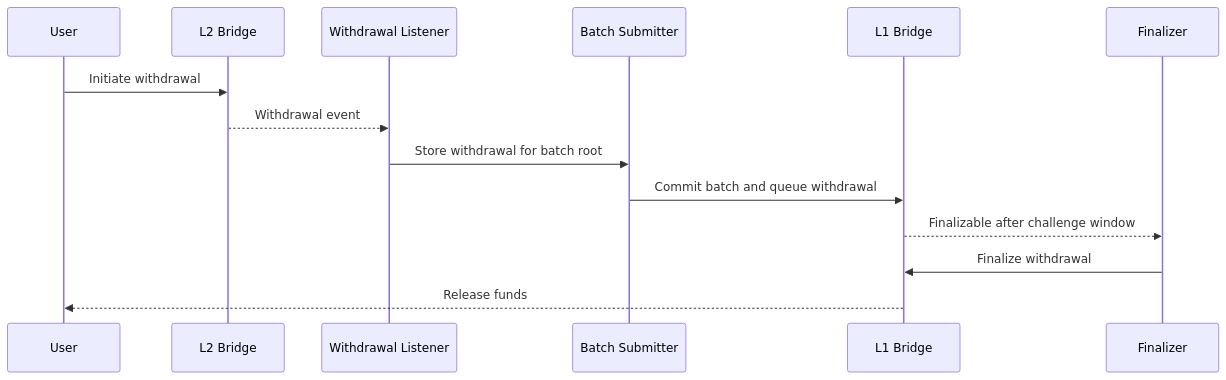
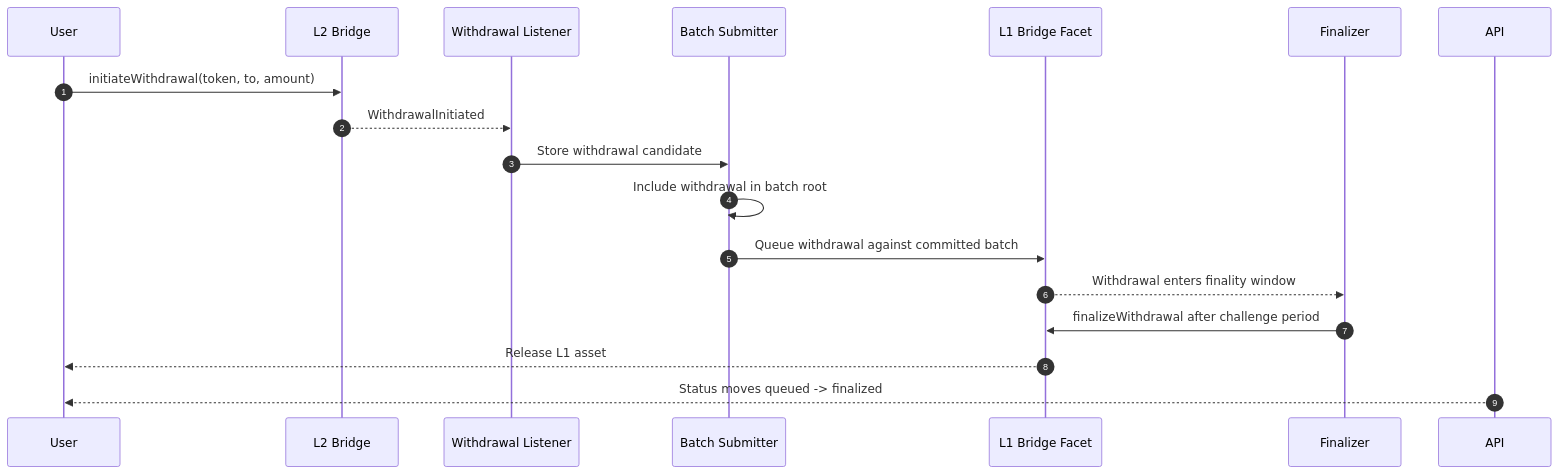
One commit to TeQoin-Blockchain/TeQoin-l2 changed the fifth of 8 diagrams in docs/ARCHITECTURE.md. Above: the diagram before and after it, drawn with Mermaid. The commit also changed other lines of this file and 2 other files, not shown here.

Commit message:
docs(readme): polish architecture visuals

````diff
--- a/docs/ARCHITECTURE.md
+++ b/docs/ARCHITECTURE.md
@@ -158,17 +198,21 @@
 ```mermaid
 sequenceDiagram
+  autonumber
   participant User
   participant L2Bridge as L2 Bridge
   participant Listener as Withdrawal Listener
-  participant Batch as Batch Submitter
-  participant L1Bridge as L1 Bridge
+  participant Batcher as Batch Submitter
+  participant L1Bridge as L1 Bridge Facet
   participant Finalizer
+  participant API
 
-  User->>L2Bridge: Initiate withdrawal
-  L2Bridge-->>Listener: Withdrawal event
-  Listener->>Batch: Store withdrawal for batch root
-  Batch->>L1Bridge: Commit batch and queue withdrawal
-  L1Bridge-->>Finalizer: Finalizable after challenge window
-  Finalizer->>L1Bridge: Finalize withdrawal
-  L1Bridge-->>User: Release funds
+  User->>L2Bridge: initiateWithdrawal(token, to, amount)
+  L2Bridge-->>Listener: WithdrawalInitiated
+  Listener->>Batcher: Store withdrawal candidate
+  Batcher->>Batcher: Include withdrawal in batch root
+  Batcher->>L1Bridge: Queue withdrawal against committed batch
+  L1Bridge-->>Finalizer: Withdrawal enters finality window
+  Finalizer->>L1Bridge: finalizeWithdrawal after challenge period
+  L1Bridge-->>User: Release L1 asset
+  API-->>User: Status moves queued -> finalized
 ```
````
